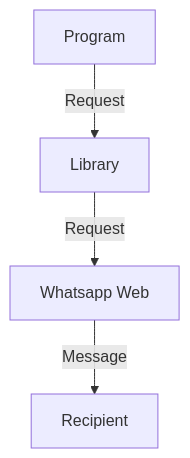
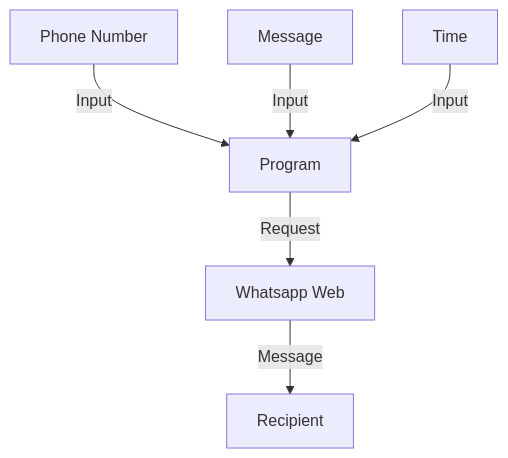
One commit to hero-programmers/Sayad-Uddin-Tahsin-automate-whatsapp-with-python changed the diagram in README.md. Above: the diagram before and after it, drawn with Mermaid.

````diff
--- a/README.md
+++ b/README.md
@@ -9,10 +9,15 @@
 ```mermaid
 graph TD;
+    phone["Phone Number"]
+    message["Message"]
+    time["Time"]
     code["Program"]
-    lib["Library"]
     wp["Whatsapp Web"]
     rp["Recipient"]
-    code-- Request -->lib;
-    lib-- Request-->wp;
+    
+    phone-- Input -->code;
+    message-- Input -->code;
+    time-- Input -->code;
+    code-- Request-->wp;
     wp-- Message -->rp;
 ```
````
